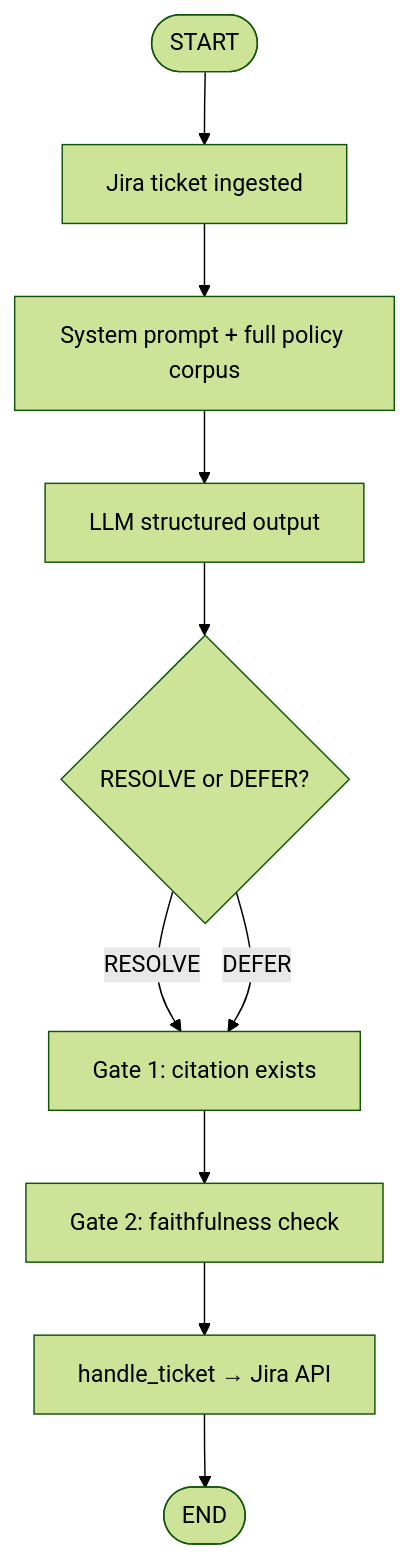
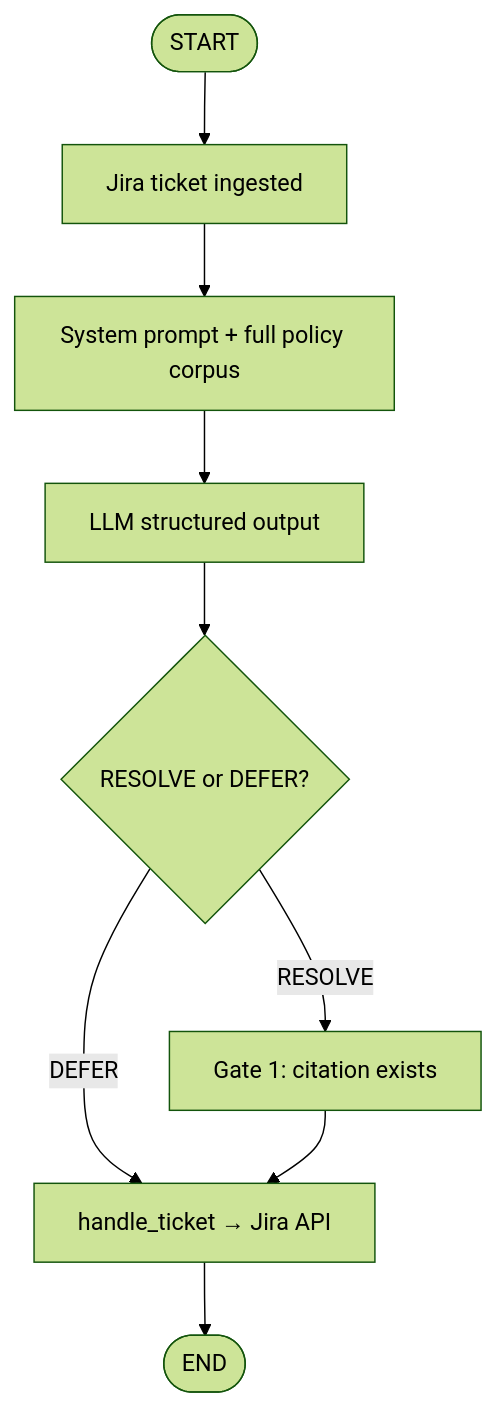
One commit to mondal-alex/it-helpdesk-agent changed the second of 2 diagrams in README.md. Above: the diagram before and after it, drawn with Mermaid (forest theme). The commit also changed other lines of this file and 32 other files, not shown here.

````diff
--- a/README.md
+++ b/README.md
@@ -50,12 +52,11 @@
 ```mermaid
 flowchart TD
     S([START]) --> T[Jira ticket ingested]
     T --> P[System prompt + full policy corpus]
     P --> A[LLM structured output]
     A --> D{RESOLVE or DEFER?}
     D -->|RESOLVE| G1[Gate 1: citation exists]
-    D -->|DEFER| G1
-    G1 --> G2[Gate 2: faithfulness check]
-    G2 --> J[handle_ticket → Jira API]
-    J --> E([END])
+    D -->|DEFER| H[handle_ticket → Jira API]
+    G1 --> H
+    H --> E([END])
 ```
````
